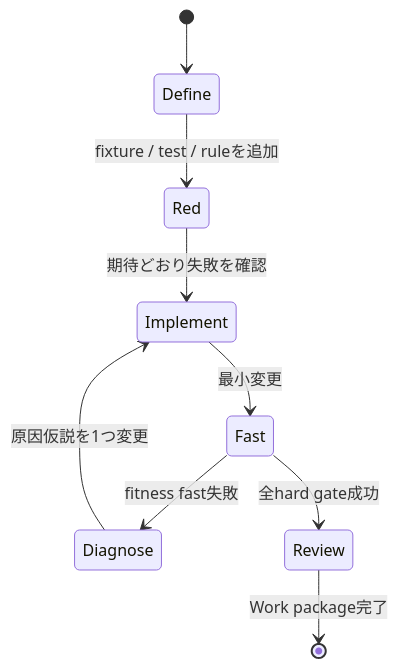
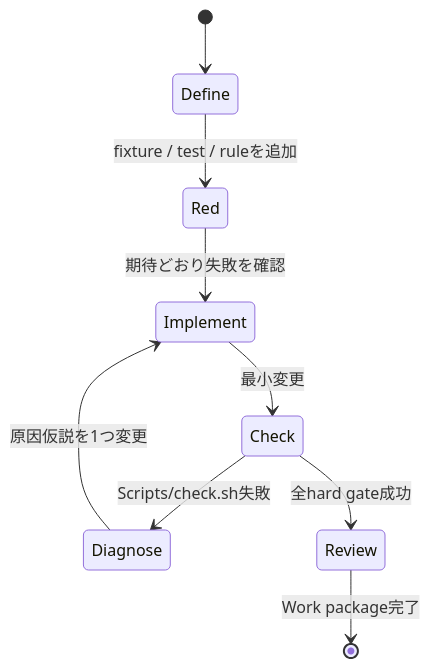
The third of 3 diagrams in docs/implementation-plan.md (katsuki-a/meeting-insight), drawn with Mermaid before and after one commit. The commit also changed other lines of this file and 9 other files, not shown here.

````diff
--- a/docs/implementation-plan.md
+++ b/docs/implementation-plan.md
@@ -1212,11 +1197,11 @@
 ```mermaid
 stateDiagram-v2
     [*] --> Define
     Define --> Red: fixture / test / ruleを追加
     Red --> Implement: 期待どおり失敗を確認
-    Implement --> Fast: 最小変更
-    Fast --> Diagnose: fitness fast失敗
+    Implement --> Check: 最小変更
+    Check --> Diagnose: Scripts/check.sh失敗
     Diagnose --> Implement: 原因仮説を1つ変更
-    Fast --> Review: 全hard gate成功
+    Check --> Review: 全hard gate成功
     Review --> [*]: Work package完了
 ```
````
